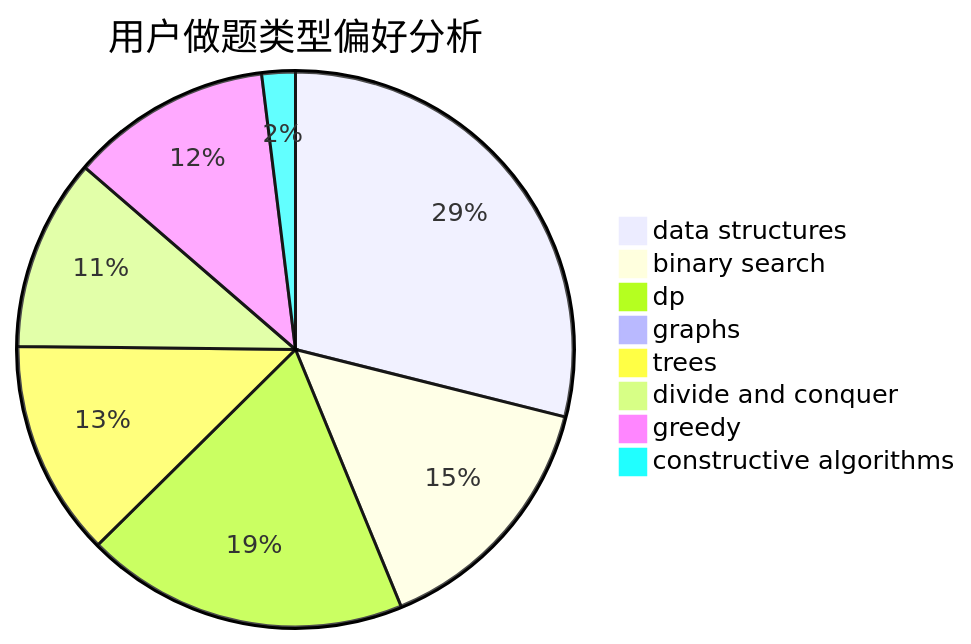
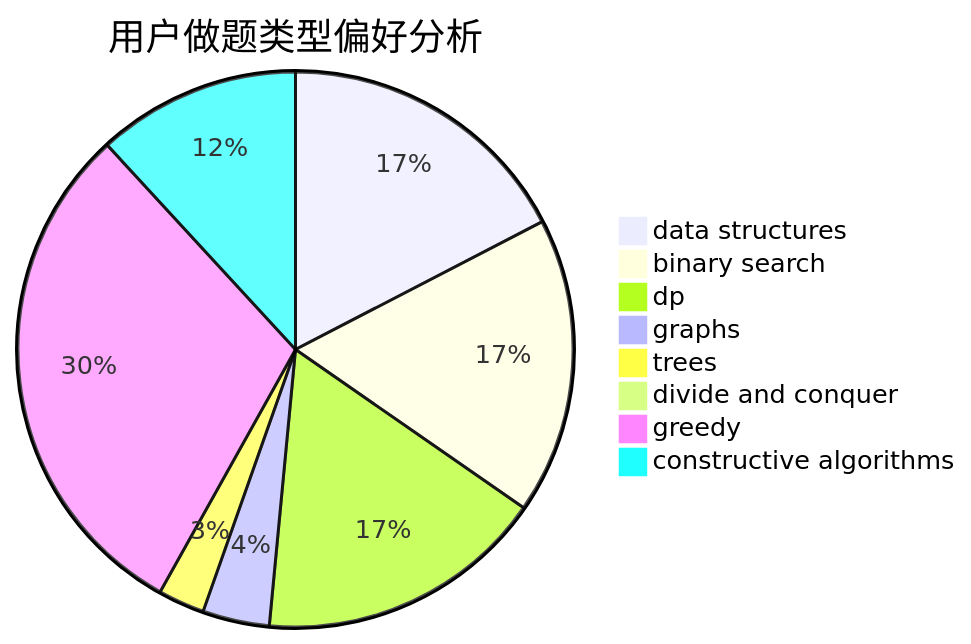
The second of 3 diagrams in docs/user/u662.md (sherpahu/cfrs.github.io), drawn with Mermaid before and after one commit. The commit also changed other lines of this file and 2770 other files, not shown here.

````diff
--- a/docs/user/u662.md
+++ b/docs/user/u662.md
@@ -23,11 +23,11 @@
 ```mermaid
 pie title 用户做题类型偏好分析
-    "data structures" :  163
-    "binary search" :  84
-    "dp" :  106
-    "graphs" :  3
-    "trees" :  71
-    "divide and conquer" :  63
-    "greedy" :  66
-    "constructive algorithms" :  11
+    "data structures" :  514
+    "binary search" :  510
+    "dp" :  498
+    "graphs" :  115
+    "trees" :  80
+    "divide and conquer" :  9
+    "greedy" :  888
+    "constructive algorithms" :  350
 ```
````
